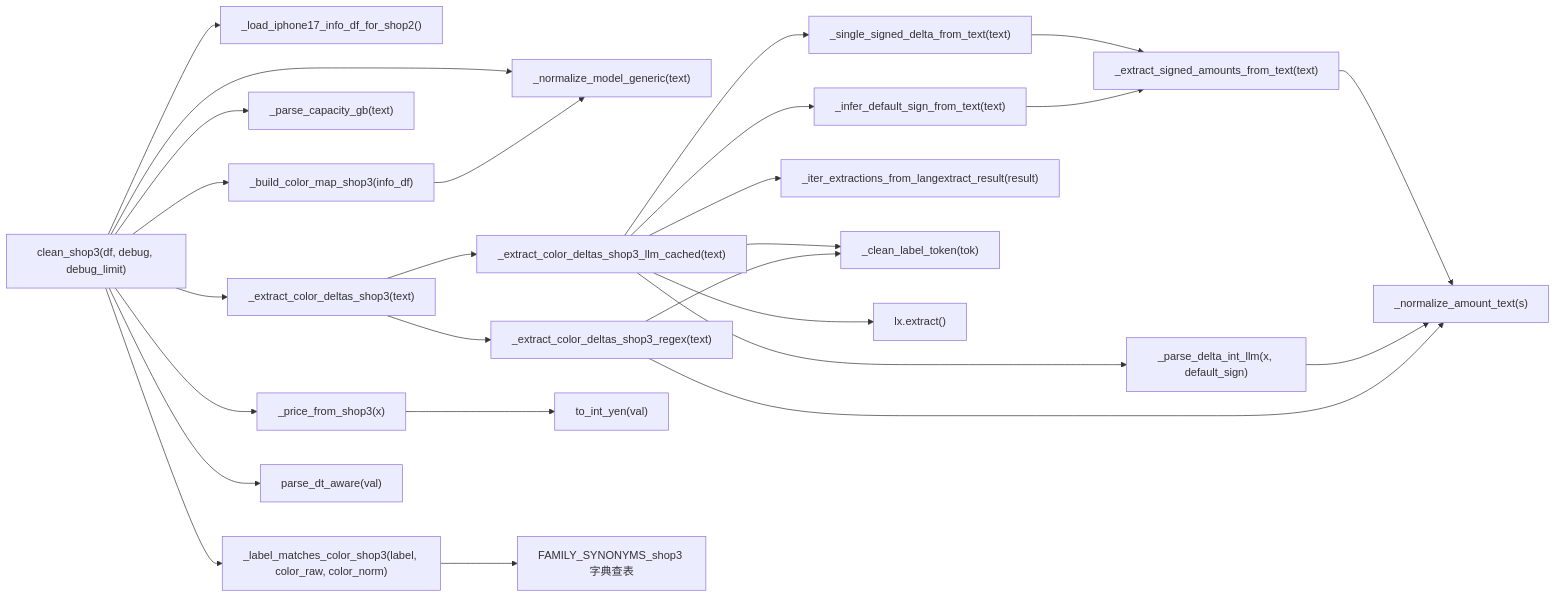
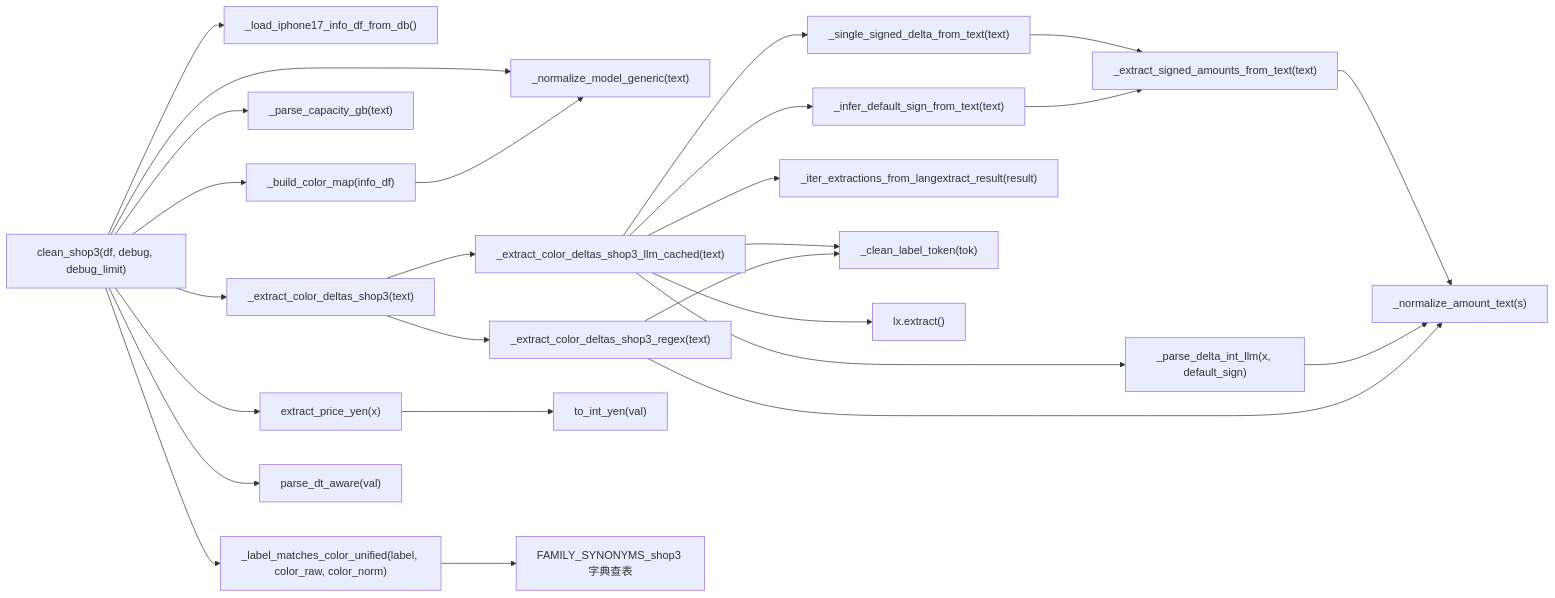
Before and after one commit to zhujiansamuel/YamagotiProjects: the second of 11 diagrams in doc_shop/shop3_cleaner.md, drawn with Mermaid. The commit also changed other lines of this file and 44 other files, not shown here.

````diff
--- a/doc_shop/shop3_cleaner.md
+++ b/doc_shop/shop3_cleaner.md
@@ -56,35 +56,35 @@
 ```mermaid
 flowchart LR
     clean["clean_shop3(df, debug, debug_limit)"]
 
-    clean --> load["_load_iphone17_info_df_for_shop2()"]
-    clean --> buildcm["_build_color_map_shop3(info_df)"]
+    clean --> load["_load_iphone17_info_df_from_db()"]
+    clean --> buildcm["_build_color_map(info_df)"]
     clean --> normmod["_normalize_model_generic(text)"]
     clean --> parsecap["_parse_capacity_gb(text)"]
-    clean --> pricefn["_price_from_shop3(x)"]
+    clean --> pricefn["extract_price_yen(x)"]
     clean --> extract["_extract_color_deltas_shop3(text)"]
-    clean --> labelmatch["_label_matches_color_shop3(label, color_raw, color_norm)"]
+    clean --> labelmatch["_label_matches_color_unified(label, color_raw, color_norm)"]
     clean --> parsedt["parse_dt_aware(val)"]
 
     extract --> llm["_extract_color_deltas_shop3_llm_cached(text)"]
     extract --> regex["_extract_color_deltas_shop3_regex(text)"]
 
     llm --> signdelta["_single_signed_delta_from_text(text)"]
     llm --> infersign["_infer_default_sign_from_text(text)"]
     llm --> iterext["_iter_extractions_from_langextract_result(result)"]
     llm --> cleanlbl["_clean_label_token(tok)"]
     llm --> parsedeltallm["_parse_delta_int_llm(x, default_sign)"]
     llm --> lxextract["lx.extract()"]
 
     signdelta --> signedamts["_extract_signed_amounts_from_text(text)"]
     infersign --> signedamts
     signedamts --> normamt["_normalize_amount_text(s)"]
     parsedeltallm --> normamt
 
     regex --> normamt
     regex --> cleanlbl
 
     pricefn --> toint["to_int_yen(val)"]
     buildcm --> normmod
     labelmatch --> familysyn["FAMILY_SYNONYMS_shop3 字典查表"]
 ```
````
